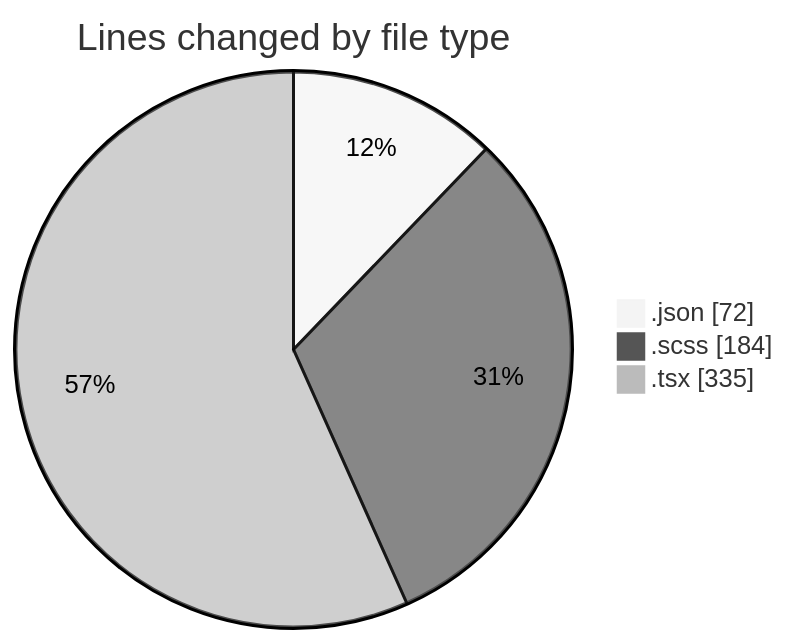
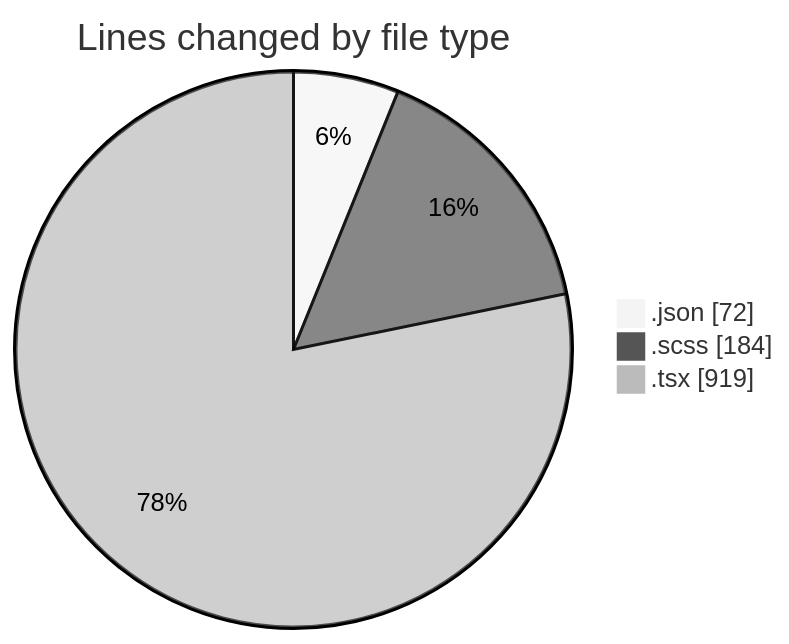
The first of 2 diagrams in 2026-10-12/cda/README.md (momahboobian/code-tracking), drawn with Mermaid (neutral theme) before and after one commit. The commit also changed other lines of this file and 1 other file, not shown here.

````diff
--- a/2026-10-12/cda/README.md
+++ b/2026-10-12/cda/README.md
@@ -25,7 +28,7 @@
 ```mermaid
 pie showData
 title Lines changed by file type
 ".json" : 72
 ".scss" : 184
-".tsx" : 335
+".tsx" : 919
 ```
````
